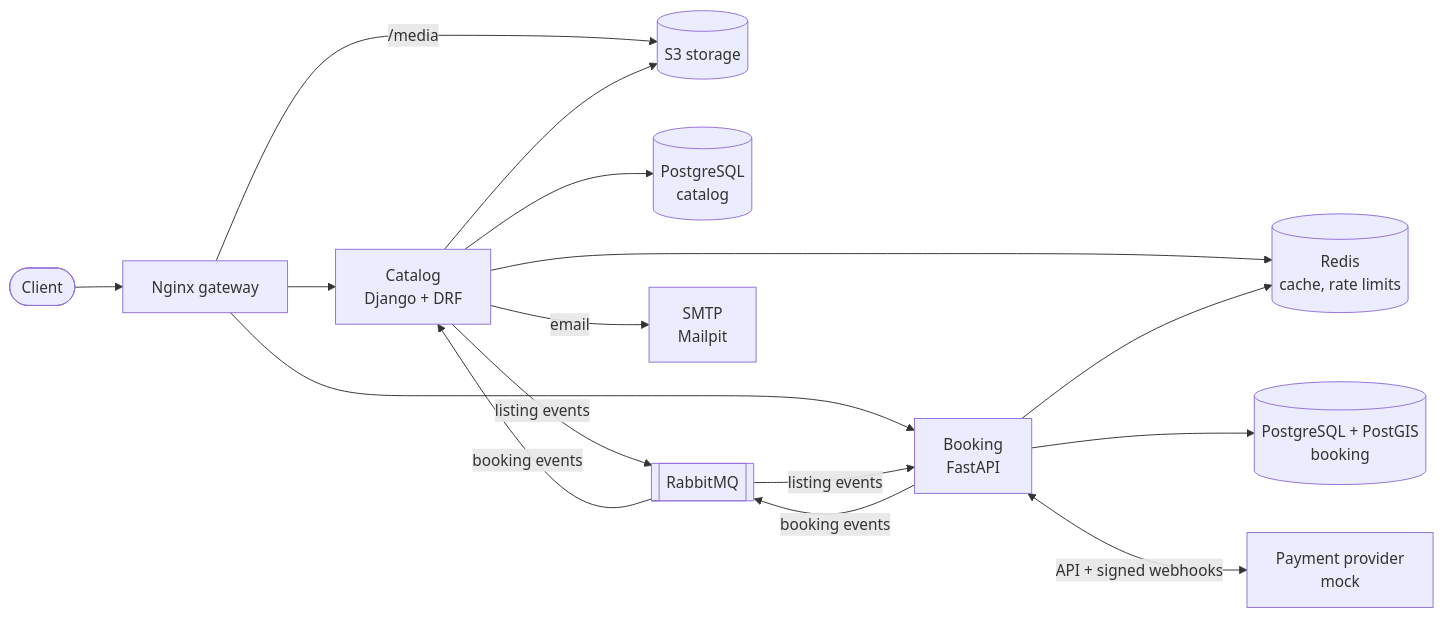
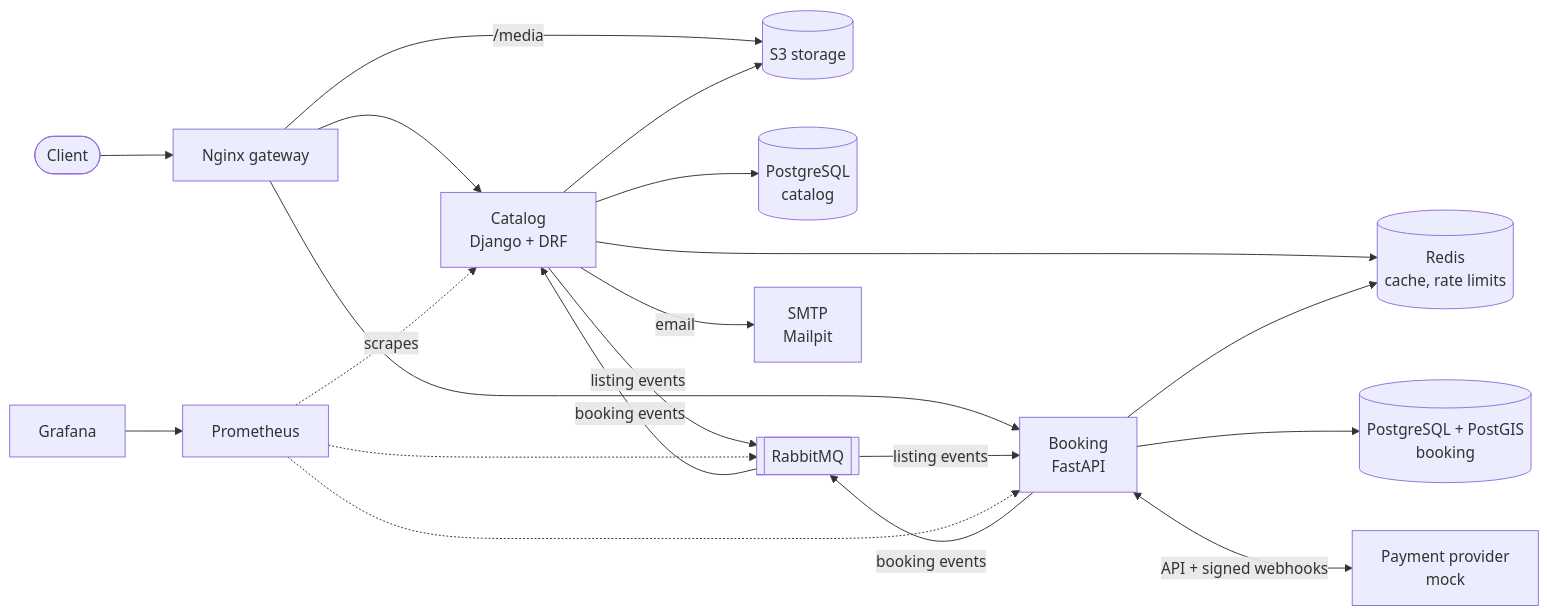
One commit to Nersaa/booking-platform changed the first of 4 diagrams in README.md. Above: the diagram before and after it, drawn with Mermaid. The commit also changed other lines of this file and 53 other files, not shown here.

````diff
--- a/README.md
+++ b/README.md
@@ -11,17 +12,21 @@
 ```mermaid
 flowchart LR
     client([Client]) --> nginx[Nginx gateway]
     nginx --> catalog[Catalog<br/>Django + DRF]
     nginx --> booking[Booking<br/>FastAPI]
     nginx -- /media --> s3[(S3 storage)]
     catalog --> catalogdb[(PostgreSQL<br/>catalog)]
     booking --> bookingdb[(PostgreSQL + PostGIS<br/>booking)]
     catalog & booking --> redis[(Redis<br/>cache, rate limits)]
     catalog -- listing events --> mq[[RabbitMQ]]
     mq -- listing events --> booking
     booking -- booking events --> mq
     mq -- booking events --> catalog
     catalog --> s3
     booking <-- API + signed webhooks --> pay[Payment provider<br/>mock]
     catalog -- email --> smtp[SMTP<br/>Mailpit]
+    prom[Prometheus] -. scrapes .-> catalog
+    prom -.-> booking
+    prom -.-> mq
+    grafana[Grafana] --> prom
 ```
````
